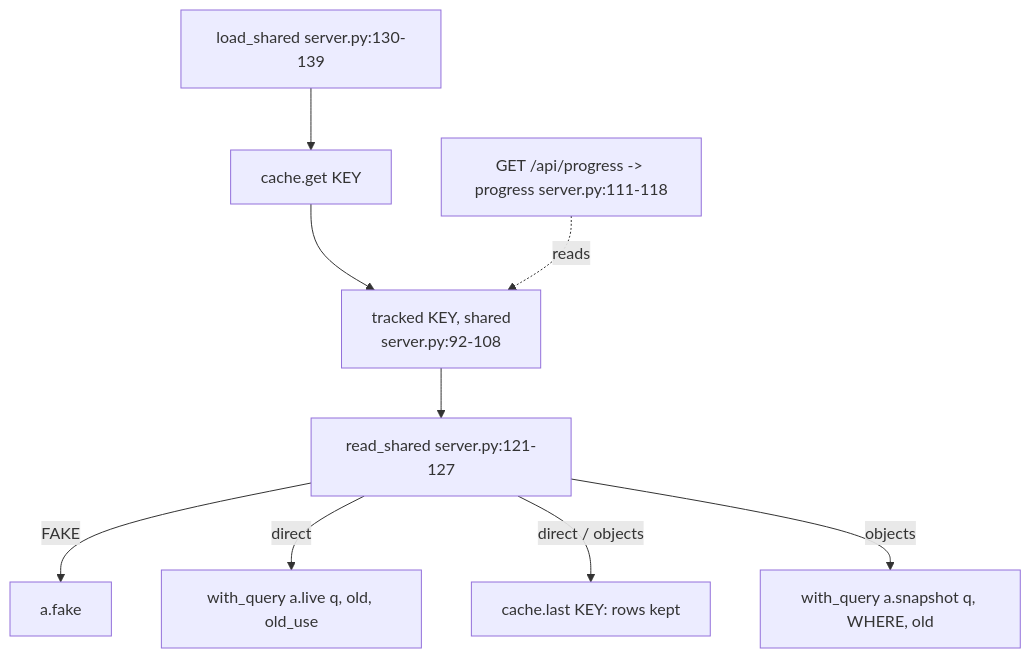
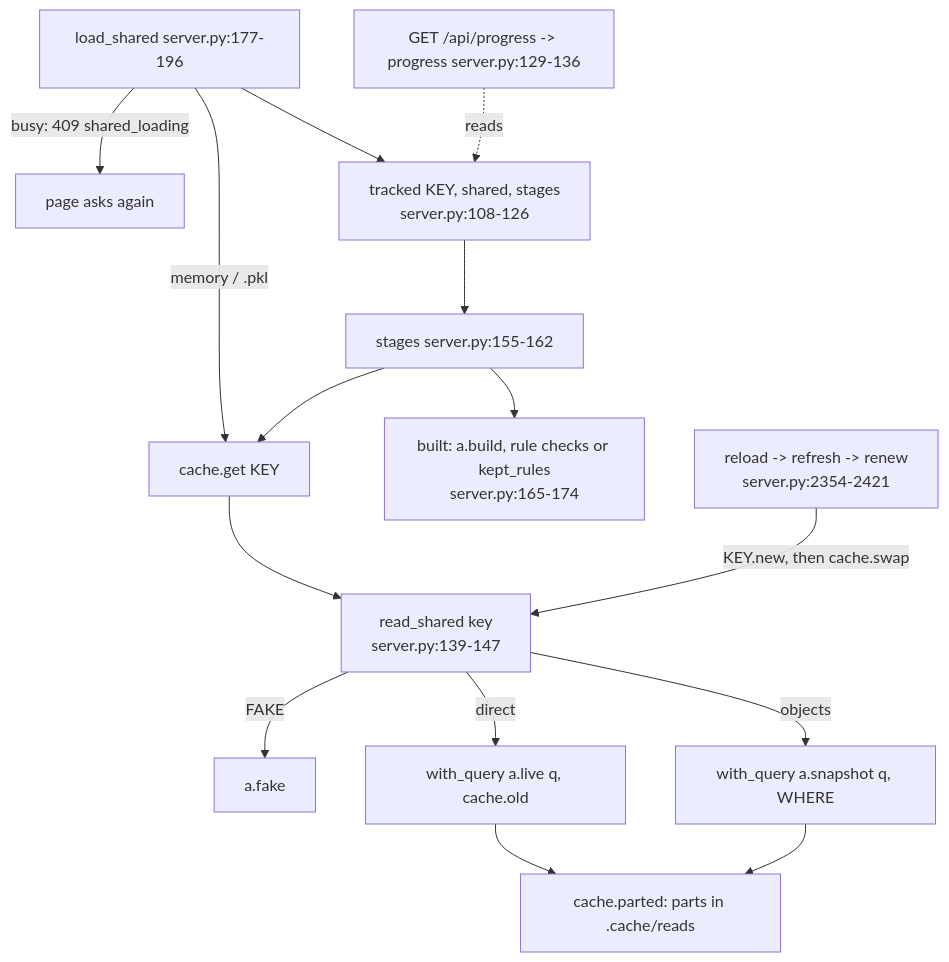
The second of 2 diagrams in snowflake-access-explorer-knowledge-graph/modules/server.md (darshanmeel/snowflake-access-explorer), drawn with Mermaid before and after one commit. The commit also changed other lines of this file and 82 other files, not shown here.

Commit message:
Knowledge graph: parts store, two-stage load, background refresh, DuckDB rule walk, kept rule results, review fixes (to 448bdbb)

````diff
--- a/snowflake-access-explorer-knowledge-graph/modules/server.md
+++ b/snowflake-access-explorer-knowledge-graph/modules/server.md
@@ -91,11 +92,16 @@
 ```mermaid
 flowchart TD
-  RS[read_shared server.py:121-127] -->|FAKE| FK[a.fake]
-  RS -->|direct| LV[with_query a.live q, old, old_use]
-  RS -->|direct / objects| CL[cache.last KEY: rows kept]
-  RS -->|objects| SN[with_query a.snapshot q, WHERE, old]
-  LSH[load_shared server.py:130-139] --> CG[cache.get KEY]
-  CG --> TR[tracked KEY, shared<br/>server.py:92-108]
-  TR --> RS
-  PG[GET /api/progress -> progress server.py:111-118] -.reads.-> TR
+  LSH[load_shared server.py:177-196] -->|memory / .pkl| CG[cache.get KEY]
+  LSH -->|busy: 409 shared_loading| W[page asks again]
+  LSH --> TR[tracked KEY, shared, stages<br/>server.py:108-126]
+  TR --> STG[stages server.py:155-162]
+  STG --> CG
+  CG --> RS[read_shared key<br/>server.py:139-147]
+  RS -->|FAKE| FK[a.fake]
+  RS -->|direct| LV[with_query a.live q, cache.old]
+  RS -->|objects| SN[with_query a.snapshot q, WHERE]
+  LV & SN --> PQ[cache.parted: parts in .cache/reads]
+  STG --> BT[built: a.build, rule checks or kept_rules<br/>server.py:165-174]
+  RL[reload -> refresh -> renew<br/>server.py:2354-2421] -->|KEY.new, then cache.swap| RS
+  PG[GET /api/progress -> progress server.py:129-136] -.reads.-> TR
 ```
````
